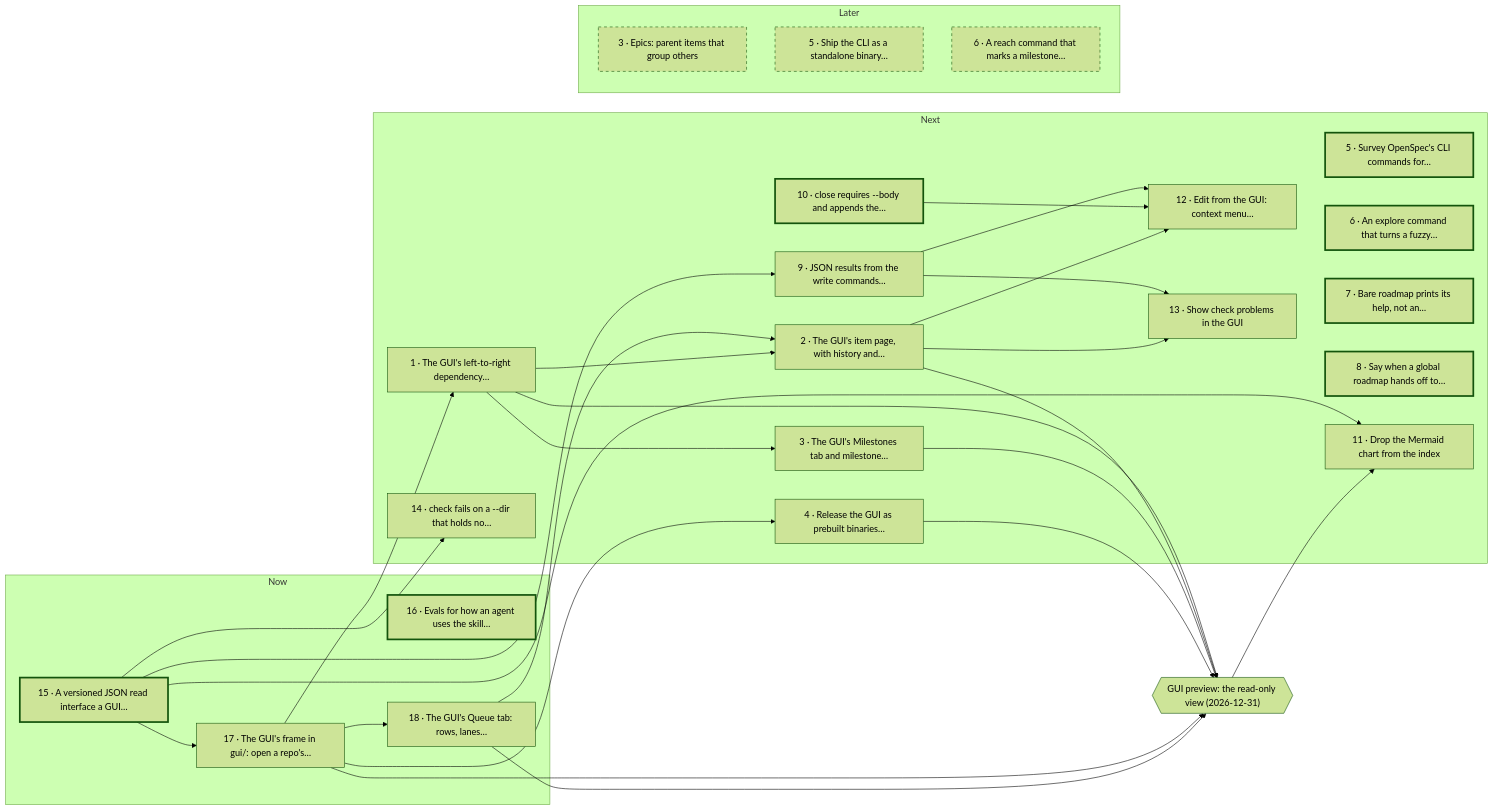
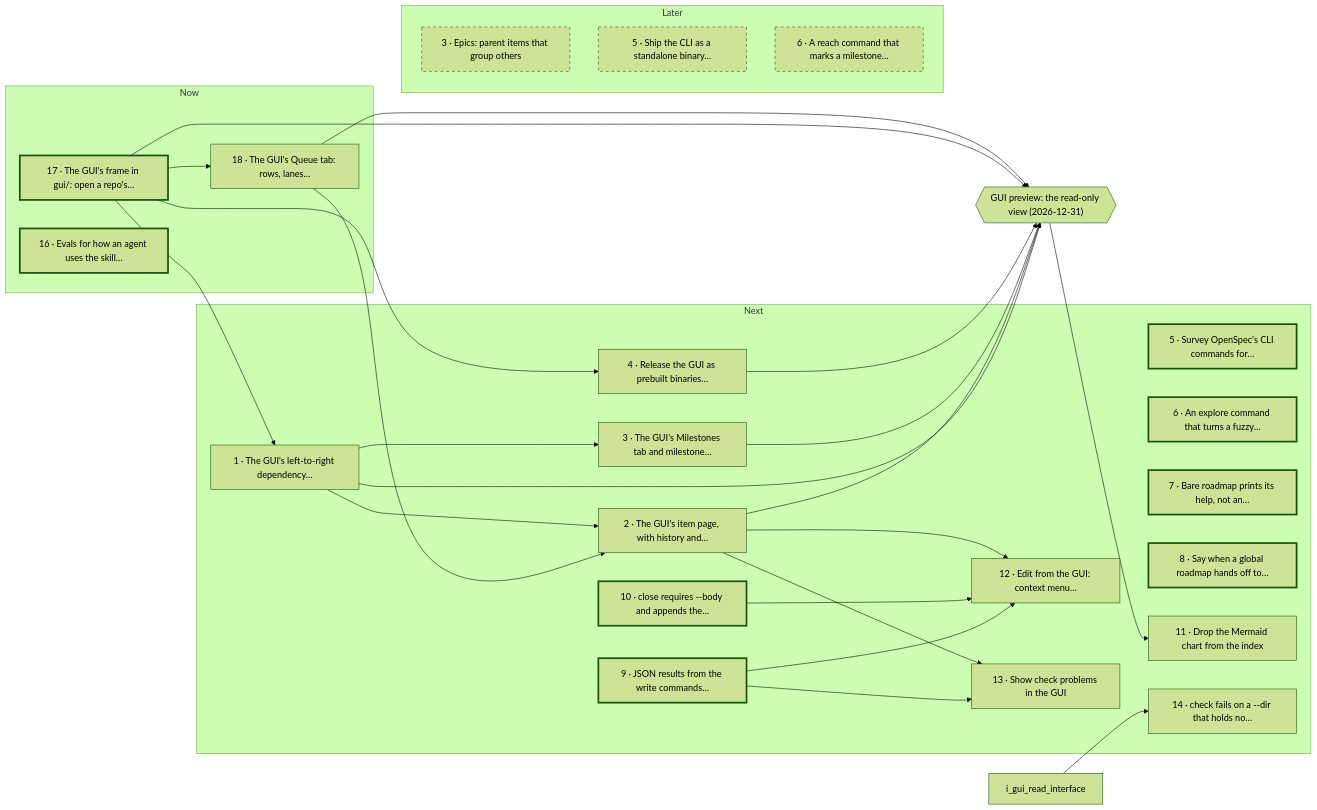
One commit to carby/simple-agentic-roadmap-skill changed the diagram in roadmap/README.md. Above: the diagram before and after it, drawn with Mermaid (forest theme). The commit also changed other lines of this file and 5 other files, not shown here.

Commit message:
docs(roadmap): close gui-read-interface as #43

````diff
--- a/roadmap/README.md
+++ b/roadmap/README.md
@@ -42,58 +42,54 @@
 ```mermaid
 flowchart LR
   subgraph b_now ["Now"]
-    i_gui_read_interface["15 · A versioned JSON read interface a GUI…"]
     i_agent_behaviour_evals["16 · Evals for how an agent uses the skill…"]
     i_gui_scaffold["17 · The GUI's frame in gui/: open a repo's…"]
     i_gui_queue["18 · The GUI's Queue tab: rows, lanes…"]
   end
   subgraph b_next ["Next"]
     i_gui_dependency_graph["1 · The GUI's left-to-right dependency…"]
     i_gui_item_page["2 · The GUI's item page, with history and…"]
     i_gui_milestones["3 · The GUI's Milestones tab and milestone…"]
     i_gui_release["4 · Release the GUI as prebuilt binaries…"]
     i_openspec_command_parity["5 · Survey OpenSpec's CLI commands for…"]
     i_explore_command["6 · An explore command that turns a fuzzy…"]
     i_help_without_command["7 · Bare roadmap prints its help, not an…"]
     i_handoff_override["8 · Say when a global roadmap hands off to…"]
     i_json_write_results["9 · JSON results from the write commands…"]
     i_close_body["10 · close requires --body and appends the…"]
     i_drop_mermaid["11 · Drop the Mermaid chart from the index"]
     i_gui_editing["12 · Edit from the GUI: context menu…"]
     i_gui_check_panel["13 · Show check problems in the GUI"]
     i_check_missing_dir["14 · check fails on a --dir that holds no…"]
   end
   subgraph b_later ["Later"]
     i_epics["3 · Epics: parent items that group others"]
     i_standalone_binary["5 · Ship the CLI as a standalone binary…"]
     i_reach_command["6 · A reach command that marks a milestone…"]
   end
   b_now ~~~ b_next ~~~ b_later
-  i_gui_read_interface --> i_gui_scaffold
   i_gui_scaffold --> i_gui_queue
   i_gui_scaffold --> i_gui_dependency_graph
   i_gui_queue --> i_gui_item_page
   i_gui_dependency_graph --> i_gui_item_page
   i_gui_dependency_graph --> i_gui_milestones
   i_gui_scaffold --> i_gui_release
-  i_gui_read_interface --> i_json_write_results
-  i_gui_read_interface --> i_drop_mermaid
   i_json_write_results --> i_gui_editing
   i_close_body --> i_gui_editing
   i_gui_item_page --> i_gui_editing
   i_json_write_results --> i_gui_check_panel
   i_gui_item_page --> i_gui_check_panel
   i_gui_read_interface --> i_check_missing_dir
   m_gui_preview{{"GUI preview: the read-only view (2026-12-31)"}}
   i_gui_scaffold --> m_gui_preview
   i_gui_queue --> m_gui_preview
   i_gui_dependency_graph --> m_gui_preview
   i_gui_item_page --> m_gui_preview
   i_gui_milestones --> m_gui_preview
   i_gui_release --> m_gui_preview
   m_gui_preview --> i_drop_mermaid
   classDef ready stroke-width: 3px
-  class i_gui_read_interface,i_agent_behaviour_evals,i_openspec_command_parity,i_explore_command,i_help_without_command,i_handoff_override,i_close_body ready
+  class i_agent_behaviour_evals,i_gui_scaffold,i_openspec_command_parity,i_explore_command,i_help_without_command,i_handoff_override,i_json_write_results,i_close_body ready
   classDef later stroke-dasharray: 5 5
   class i_epics,i_standalone_binary,i_reach_command later
 ```
````
